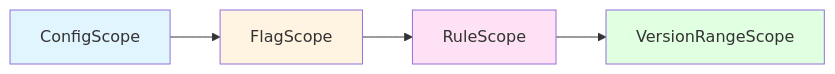
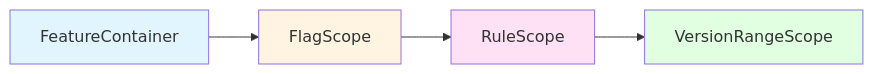
The diagram in docs/Builders.md (amichne/konditional), drawn with Mermaid before and after one commit. The commit also changed other lines of this file and 25 other files, not shown here.

````diff
--- a/docs/Builders.md
+++ b/docs/Builders.md
@@ -28,11 +27,11 @@
 ```mermaid
 graph LR
-    A[ConfigScope] --> B[FlagScope]
+    A[FeatureContainer] --> B[FlagScope]
     B --> C[RuleScope]
     C --> D[VersionRangeScope]
 
     style A fill:#e1f5ff
     style B fill:#fff4e1
     style C fill:#ffe1f5
     style D fill:#e1ffe1
 ```
````
